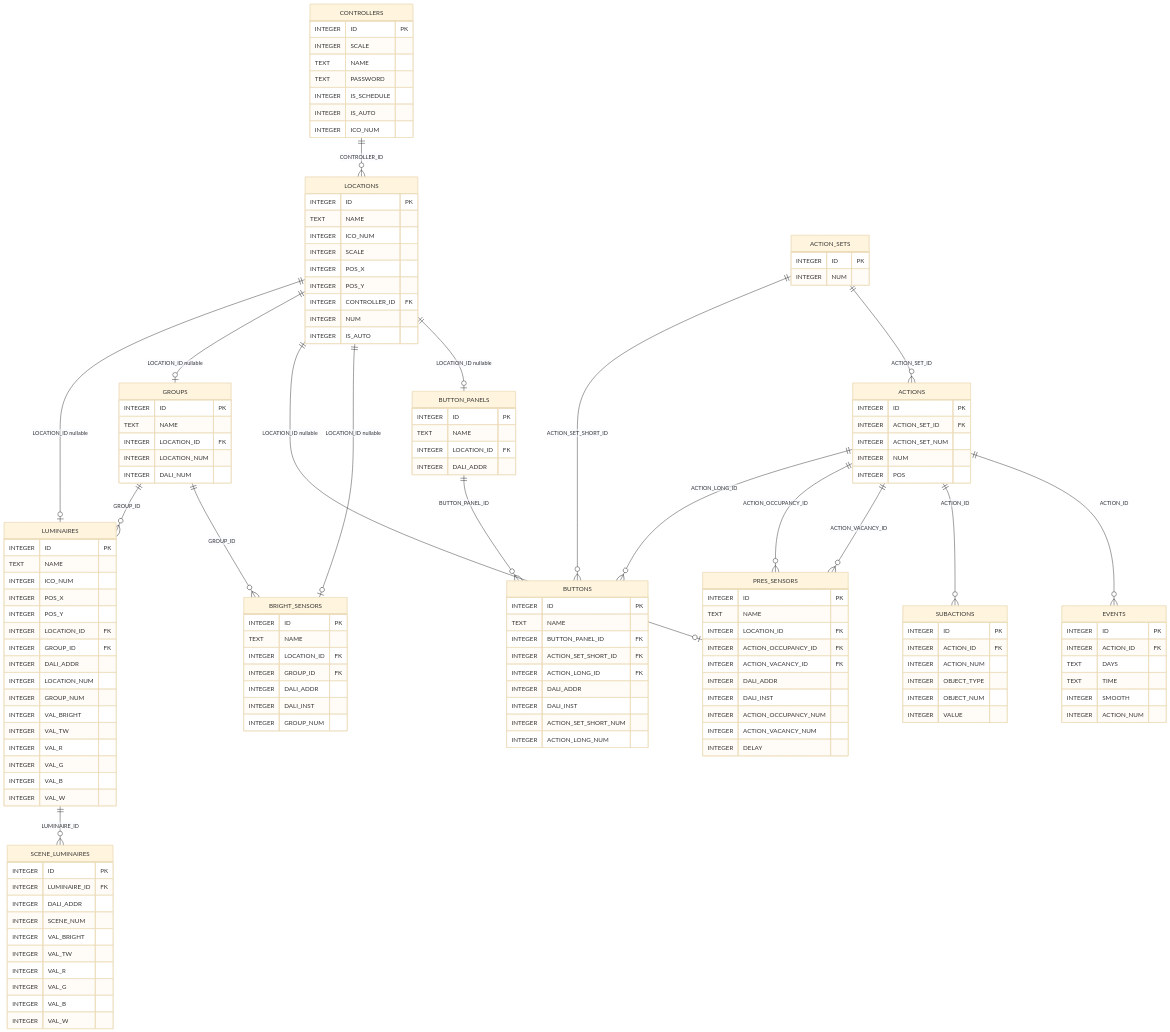
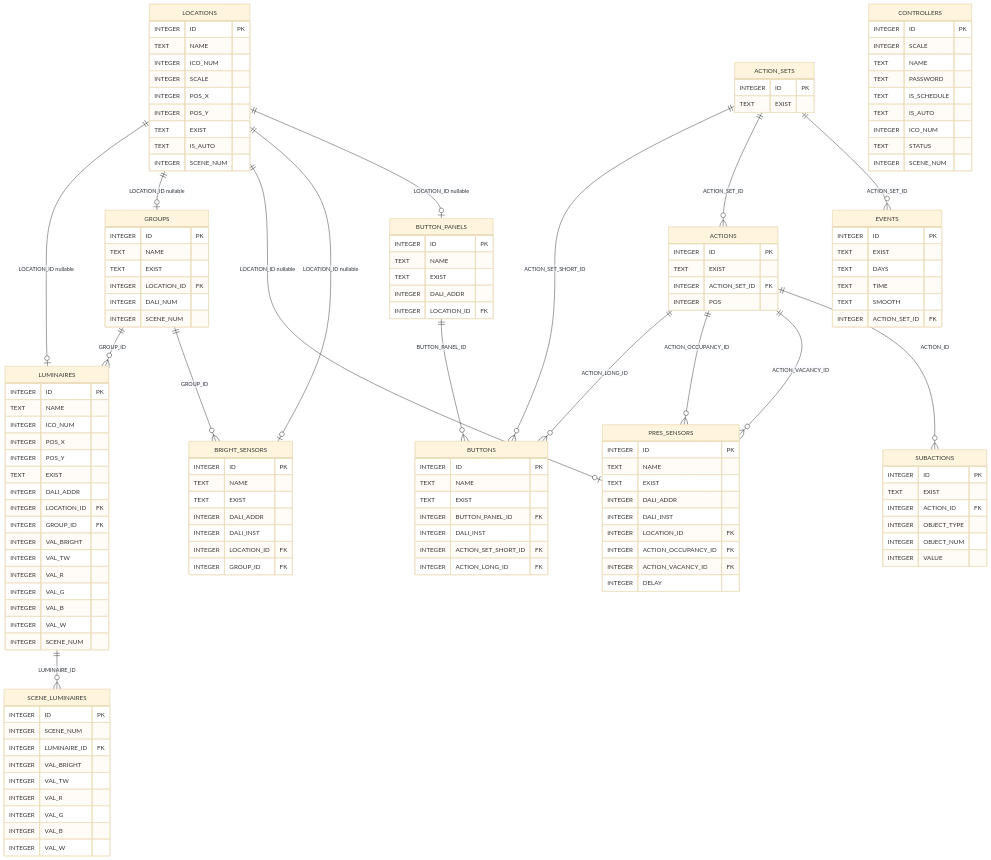
Before and after one commit to KhudyakovAlex/Synapse: the diagram in PDS/SynapsePDS_APP_DB_scheme.md, drawn with Mermaid (base theme). The commit also changed other lines of this file and 12 other files, not shown here.

````diff
--- a/PDS/SynapsePDS_APP_DB_scheme.md
+++ b/PDS/SynapsePDS_APP_DB_scheme.md
@@ -7,6 +7,5 @@
 ```mermaid
 erDiagram
-    CONTROLLERS ||--o{ LOCATIONS : "CONTROLLER_ID"
     LOCATIONS ||--o| LUMINAIRES : "LOCATION_ID nullable"
     LOCATIONS ||--o| GROUPS : "LOCATION_ID nullable"
     LOCATIONS ||--o| PRES_SENSORS : "LOCATION_ID nullable"
@@ -22,16 +21,18 @@
     ACTIONS ||--o{ PRES_SENSORS : "ACTION_VACANCY_ID"
     ACTION_SETS ||--o{ ACTIONS : "ACTION_SET_ID"
     ACTIONS ||--o{ SUBACTIONS : "ACTION_ID"
-    ACTIONS ||--o{ EVENTS : "ACTION_ID"
+    ACTION_SETS ||--o{ EVENTS : "ACTION_SET_ID"
 
     CONTROLLERS {
         INTEGER ID PK
         INTEGER SCALE
         TEXT NAME
         TEXT PASSWORD
-        INTEGER IS_SCHEDULE
-        INTEGER IS_AUTO
+        TEXT IS_SCHEDULE
+        TEXT IS_AUTO
         INTEGER ICO_NUM
+        TEXT STATUS
+        INTEGER SCENE_NUM
     }
 
     LOCATIONS {
@@ -41,9 +42,18 @@
         INTEGER SCALE
         INTEGER POS_X
         INTEGER POS_Y
-        INTEGER CONTROLLER_ID FK
-        INTEGER NUM
-        INTEGER IS_AUTO
+        TEXT EXIST
+        TEXT IS_AUTO
+        INTEGER SCENE_NUM
+    }
+
+    GROUPS {
+        INTEGER ID PK
+        TEXT NAME
+        TEXT EXIST
+        INTEGER LOCATION_ID FK
+        INTEGER DALI_NUM
+        INTEGER SCENE_NUM
     }
 
     LUMINAIRES {
@@ -52,11 +62,23 @@
         INTEGER ICO_NUM
         INTEGER POS_X
         INTEGER POS_Y
+        TEXT EXIST
+        INTEGER DALI_ADDR
         INTEGER LOCATION_ID FK
         INTEGER GROUP_ID FK
-        INTEGER DALI_ADDR
-        INTEGER LOCATION_NUM
-        INTEGER GROUP_NUM
+        INTEGER VAL_BRIGHT
+        INTEGER VAL_TW
+        INTEGER VAL_R
+        INTEGER VAL_G
+        INTEGER VAL_B
+        INTEGER VAL_W
+        INTEGER SCENE_NUM
+    }
+
+    SCENE_LUMINAIRES {
+        INTEGER ID PK
+        INTEGER SCENE_NUM
+        INTEGER LUMINAIRE_ID FK
         INTEGER VAL_BRIGHT
         INTEGER VAL_TW
         INTEGER VAL_R
@@ -65,86 +87,62 @@
         INTEGER VAL_W
     }
 
-    SCENE_LUMINAIRES {
-        INTEGER ID PK
-        INTEGER LUMINAIRE_ID FK
-        INTEGER DALI_ADDR
-        INTEGER SCENE_NUM
-        INTEGER VAL_BRIGHT
-        INTEGER VAL_TW
-        INTEGER VAL_R
-        INTEGER VAL_G
-        INTEGER VAL_B
-        INTEGER VAL_W
-    }
-
-    GROUPS {
-        INTEGER ID PK
-        TEXT NAME
-        INTEGER LOCATION_ID FK
-        INTEGER LOCATION_NUM
-        INTEGER DALI_NUM
-    }
-
     PRES_SENSORS {
         INTEGER ID PK
         TEXT NAME
+        TEXT EXIST
+        INTEGER DALI_ADDR
+        INTEGER DALI_INST
         INTEGER LOCATION_ID FK
         INTEGER ACTION_OCCUPANCY_ID FK
         INTEGER ACTION_VACANCY_ID FK
-        INTEGER DALI_ADDR
-        INTEGER DALI_INST
-        INTEGER ACTION_OCCUPANCY_NUM
-        INTEGER ACTION_VACANCY_NUM
         INTEGER DELAY
     }
 
     BRIGHT_SENSORS {
         INTEGER ID PK
         TEXT NAME
+        TEXT EXIST
+        INTEGER DALI_ADDR
+        INTEGER DALI_INST
         INTEGER LOCATION_ID FK
         INTEGER GROUP_ID FK
-        INTEGER DALI_ADDR
-        INTEGER DALI_INST
-        INTEGER GROUP_NUM
     }
 
     BUTTON_PANELS {
         INTEGER ID PK
         TEXT NAME
+        TEXT EXIST
+        INTEGER DALI_ADDR
         INTEGER LOCATION_ID FK
-        INTEGER DALI_ADDR
     }
 
     BUTTONS {
         INTEGER ID PK
         TEXT NAME
+        TEXT EXIST
         INTEGER BUTTON_PANEL_ID FK
+        INTEGER DALI_INST
         INTEGER ACTION_SET_SHORT_ID FK
         INTEGER ACTION_LONG_ID FK
-        INTEGER DALI_ADDR
-        INTEGER DALI_INST
-        INTEGER ACTION_SET_SHORT_NUM
-        INTEGER ACTION_LONG_NUM
+    }
+
+    ACTIONS {
+        INTEGER ID PK
+        TEXT EXIST
+        INTEGER ACTION_SET_ID FK
+        INTEGER POS
     }
 
     ACTION_SETS {
         INTEGER ID PK
-        INTEGER NUM
-    }
-
-    ACTIONS {
-        INTEGER ID PK
-        INTEGER ACTION_SET_ID FK
-        INTEGER ACTION_SET_NUM
-        INTEGER NUM
-        INTEGER POS
+        TEXT EXIST
     }
 
     SUBACTIONS {
         INTEGER ID PK
+        TEXT EXIST
         INTEGER ACTION_ID FK
-        INTEGER ACTION_NUM
         INTEGER OBJECT_TYPE
         INTEGER OBJECT_NUM
         INTEGER VALUE
@@ -152,10 +150,10 @@
 
     EVENTS {
         INTEGER ID PK
-        INTEGER ACTION_ID FK
+        TEXT EXIST
         TEXT DAYS
         TEXT TIME
-        INTEGER SMOOTH
-        INTEGER ACTION_NUM
+        TEXT SMOOTH
+        INTEGER ACTION_SET_ID FK
     }
 ```
````
